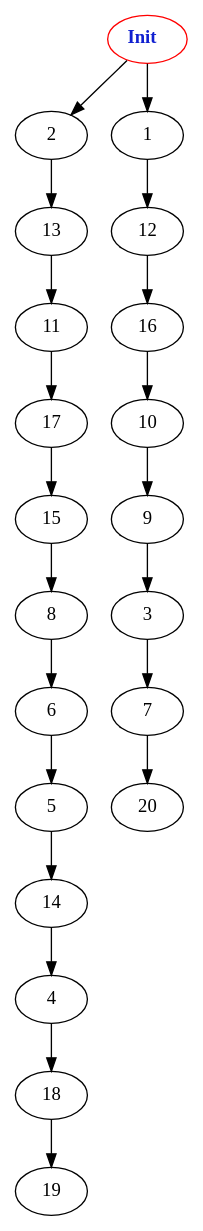
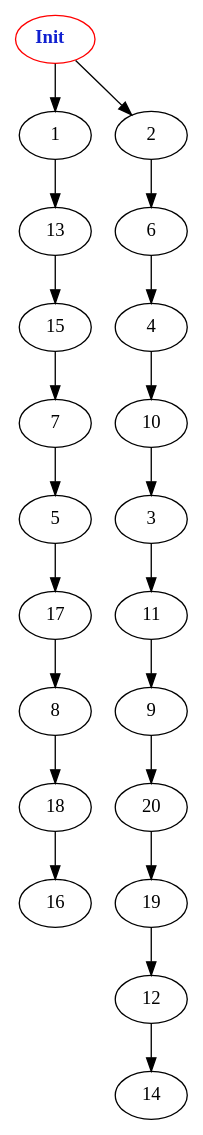
The diagram in inputGraphs/20_nodes.ngs.dot (KirtanJhaveri/MITM-Simulation-using-Spark), drawn with Graphviz before and after one commit. The commit also changed 21 other files, not shown here.

```diff
--- a/inputGraphs/20_nodes.ngs.dot
+++ b/inputGraphs/20_nodes.ngs.dot
@@ -1,24 +1,24 @@
 digraph "Net Graph with 21 nodes" {
 edge ["class"="link-class"]
 "0" ["color"="red","label"=<<b>Init</b>>,"fontcolor"="#1020d0"]
+"0" -> "1" ["weight"="2.0"]
 "0" -> "2" ["weight"="1.0"]
-"0" -> "1" ["weight"="2.0"]
-"2" -> "13" ["weight"="5.0"]
-"1" -> "12" ["weight"="1.0"]
-"5" -> "14" ["weight"="1.0"]
-"14" -> "4" ["weight"="4.0"]
-"10" -> "9" ["weight"="1.0"]
-"9" -> "3" ["weight"="3.0"]
-"3" -> "7" ["weight"="3.0"]
-"7" -> "20" ["weight"="4.0"]
-"4" -> "18" ["weight"="1.0"]
-"18" -> "19" ["weight"="1.0"]
-"12" -> "16" ["weight"="9.0"]
-"6" -> "5" ["weight"="1.0"]
-"13" -> "11" ["weight"="2.0"]
-"11" -> "17" ["weight"="2.0"]
-"17" -> "15" ["weight"="4.0"]
-"15" -> "8" ["weight"="8.0"]
-"8" -> "6" ["weight"="9.0"]
-"16" -> "10" ["weight"="2.0"]
+"1" -> "13" ["weight"="1.0"]
+"2" -> "6" ["weight"="1.0"]
+"5" -> "17" ["weight"="2.0"]
+"17" -> "8" ["weight"="4.0"]
+"10" -> "3" ["weight"="9.0"]
+"3" -> "11" ["weight"="1.0"]
+"11" -> "9" ["weight"="1.0"]
+"20" -> "19" ["weight"="3.0"]
+"19" -> "12" ["weight"="4.0"]
+"12" -> "14" ["weight"="1.0"]
+"13" -> "15" ["weight"="3.0"]
+"6" -> "4" ["weight"="9.0"]
+"4" -> "10" ["weight"="2.0"]
+"9" -> "20" ["weight"="4.0"]
+"15" -> "7" ["weight"="5.0"]
+"8" -> "18" ["weight"="8.0"]
+"18" -> "16" ["weight"="1.0"]
+"7" -> "5" ["weight"="2.0"]
 }
```
